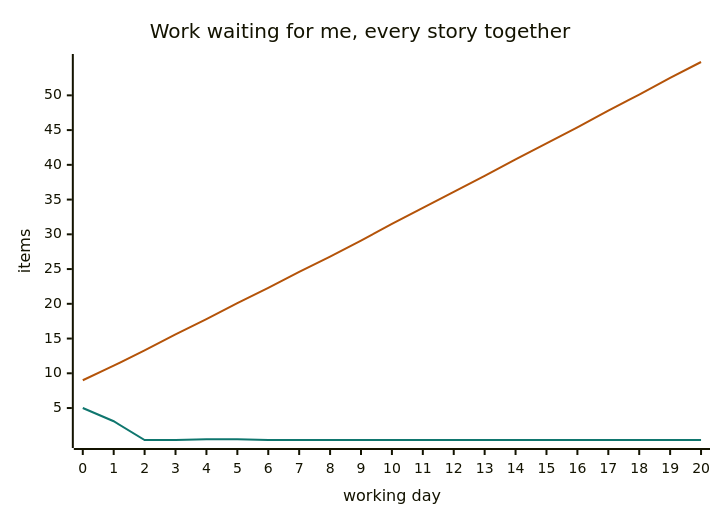
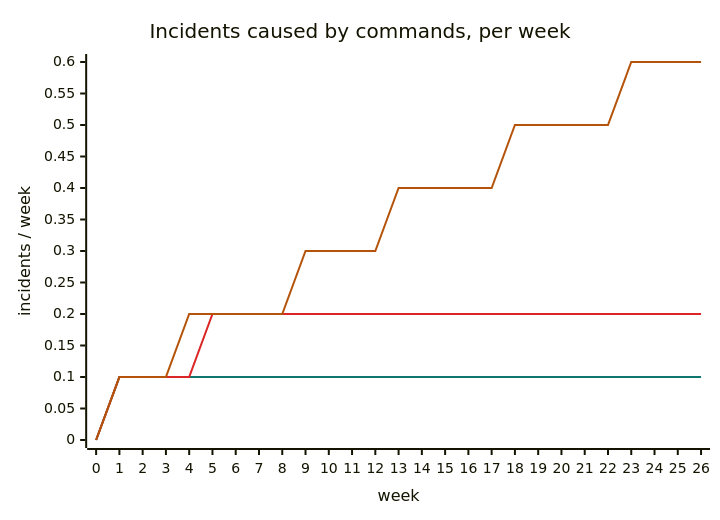
Before and after one commit to danroblewis/orchestra: diagram 15 of 38 in docs/user-story-diagrams.md, drawn with Mermaid. The commit also changed other lines of this file and 30 other files, not shown here.

````diff
--- a/docs/user-story-diagrams.md
+++ b/docs/user-story-diagrams.md
@@ -548,14 +592,15 @@
 ```mermaid
 ---
 config:
   themeVariables:
     xyChart:
-      plotColorPalette: "#b45309, #0f766e"
+      plotColorPalette: "#0f766e, #dc2626, #b45309"
 ---
 xychart-beta
-  title "Work waiting for me, every story together"
-  x-axis "working day" [0, 1, 2, 3, 4, 5, 6, 7, 8, 9, 10, 11, 12, 13, 14, 15, 16, 17, 18, 19, 20]
-  y-axis "items"
-  line [9.0, 11.1, 13.3, 15.6, 17.8, 20.1, 22.3, 24.6, 26.8, 29.1, 31.5, 33.8, 36.1, 38.4, 40.8, 43.1, 45.4, 47.8, 50.1, 52.5, 54.8]
-  line [5.0, 3.1, 0.4, 0.4, 0.5, 0.5, 0.4, 0.4, 0.4, 0.4, 0.4, 0.4, 0.4, 0.4, 0.4, 0.4, 0.4, 0.4, 0.4, 0.4, 0.4]
+  title "Incidents caused by commands, per week"
+  x-axis "week" [0, 1, 2, 3, 4, 5, 6, 7, 8, 9, 10, 11, 12, 13, 14, 15, 16, 17, 18, 19, 20, 21, 22, 23, 24, 25, 26]
+  y-axis "incidents / week"
+  line [0.0, 0.1, 0.1, 0.1, 0.1, 0.1, 0.1, 0.1, 0.1, 0.1, 0.1, 0.1, 0.1, 0.1, 0.1, 0.1, 0.1, 0.1, 0.1, 0.1, 0.1, 0.1, 0.1, 0.1, 0.1, 0.1, 0.1]
+  line [0.0, 0.1, 0.1, 0.1, 0.1, 0.2, 0.2, 0.2, 0.2, 0.2, 0.2, 0.2, 0.2, 0.2, 0.2, 0.2, 0.2, 0.2, 0.2, 0.2, 0.2, 0.2, 0.2, 0.2, 0.2, 0.2, 0.2]
+  line [0.0, 0.1, 0.1, 0.1, 0.2, 0.2, 0.2, 0.2, 0.2, 0.3, 0.3, 0.3, 0.3, 0.4, 0.4, 0.4, 0.4, 0.4, 0.5, 0.5, 0.5, 0.5, 0.5, 0.6, 0.6, 0.6, 0.6]
 ```
````
